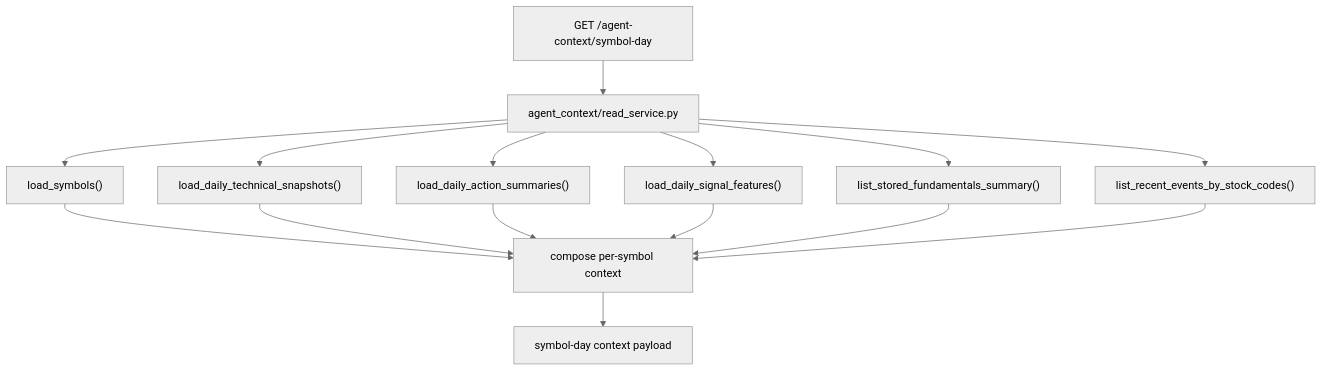
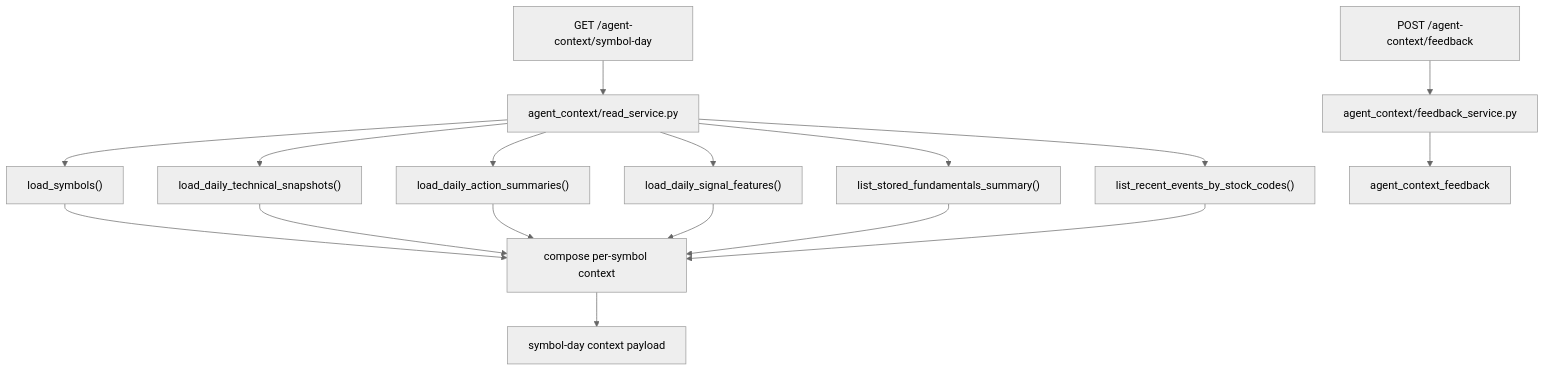
Before and after one commit to kiseyno-AI/kai-trading-core: the fifth of 6 diagrams in docs/REPOSITORY_ARCHITECTURE.md, drawn with Mermaid (neutral theme). The commit also changed other lines of this file and 8 other files, not shown here.

Commit message:
add agent context feedback intake

````diff
--- a/docs/REPOSITORY_ARCHITECTURE.md
+++ b/docs/REPOSITORY_ARCHITECTURE.md
@@ -424,17 +424,19 @@
 ```mermaid
 flowchart TD
     Request["GET /agent-context/symbol-day"] --> ReadService["agent_context/read_service.py"]
+    FeedbackRequest["POST /agent-context/feedback"] --> FeedbackService["agent_context/feedback_service.py"]
     ReadService --> Symbols["load_symbols()"]
     ReadService --> Tech["load_daily_technical_snapshots()"]
     ReadService --> Actions["load_daily_action_summaries()"]
     ReadService --> Signals["load_daily_signal_features()"]
     ReadService --> Fundamentals["list_stored_fundamentals_summary()"]
     ReadService --> Disclosures["list_recent_events_by_stock_codes()"]
+    FeedbackService --> FeedbackTable["agent_context_feedback"]
     Symbols --> Compose["compose per-symbol context"]
     Tech --> Compose
     Actions --> Compose
     Signals --> Compose
     Fundamentals --> Compose
     Disclosures --> Compose
     Compose --> Response["symbol-day context payload"]
 ```
````
